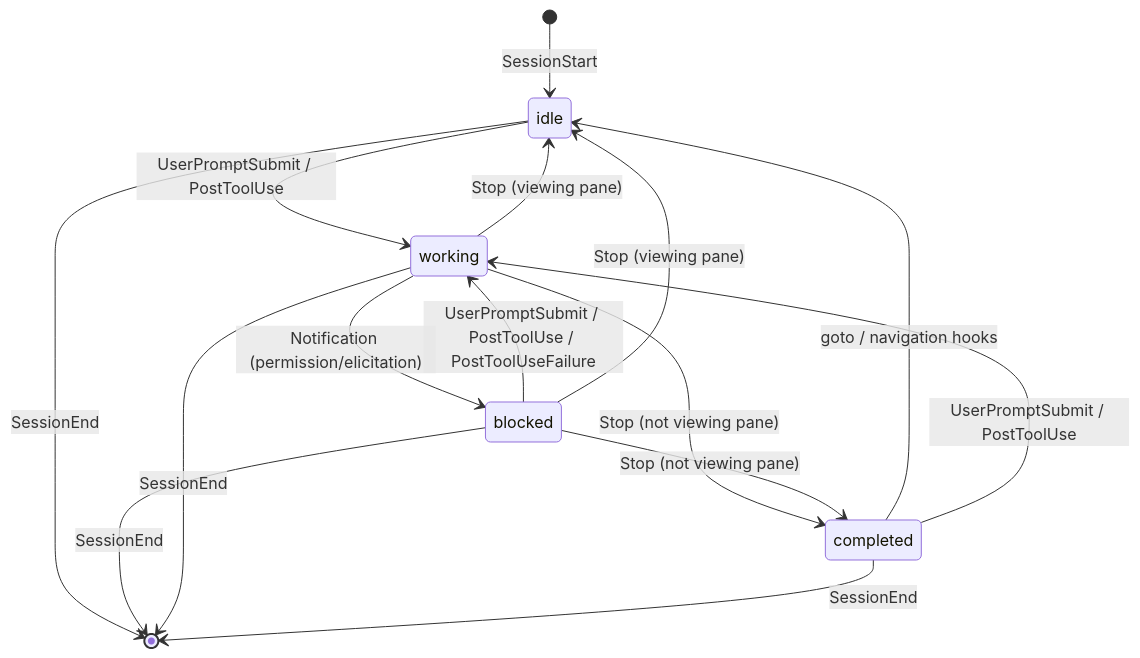
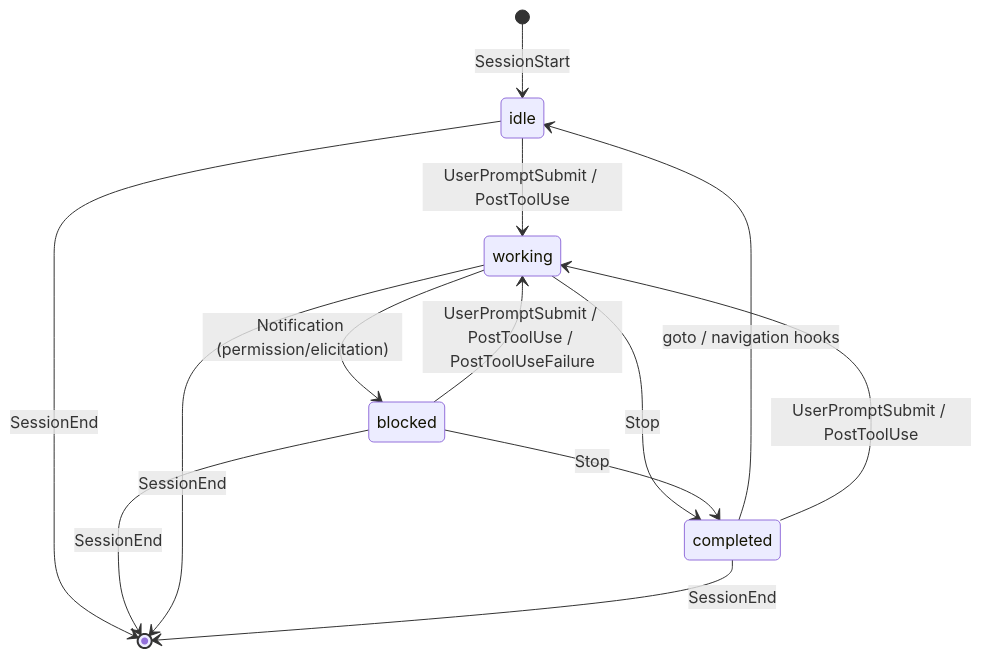
The second of 2 diagrams in ARCHITECTURE.md (KakkoiDev/tmux-claude-agent-tracker), drawn with Mermaid before and after one commit. The commit also changed other lines of this file and 2 other files, not shown here.

Commit message:
Revert Stop active-pane detection — always set completed
tmux display-message from a hook subprocess always resolves to its own
pane, making the viewed-pane check always true (Stop always set idle).
Navigation hooks already handle completed→idle correctly.

````diff
--- a/ARCHITECTURE.md
+++ b/ARCHITECTURE.md
@@ -41,21 +41,19 @@
 ```mermaid
 stateDiagram-v2
     [*] --> idle : SessionStart
 
     idle --> working : UserPromptSubmit / PostToolUse
-    working --> completed : Stop (not viewing pane)
-    working --> idle : Stop (viewing pane)
+    working --> completed : Stop
     working --> blocked : Notification (permission/elicitation)
 
     blocked --> working : UserPromptSubmit / PostToolUse / PostToolUseFailure
-    blocked --> completed : Stop (not viewing pane)
-    blocked --> idle : Stop (viewing pane)
+    blocked --> completed : Stop
 
     completed --> idle : goto / navigation hooks
     completed --> working : UserPromptSubmit / PostToolUse
 
     idle --> [*] : SessionEnd
     blocked --> [*] : SessionEnd
     working --> [*] : SessionEnd
     completed --> [*] : SessionEnd
 ```
````
